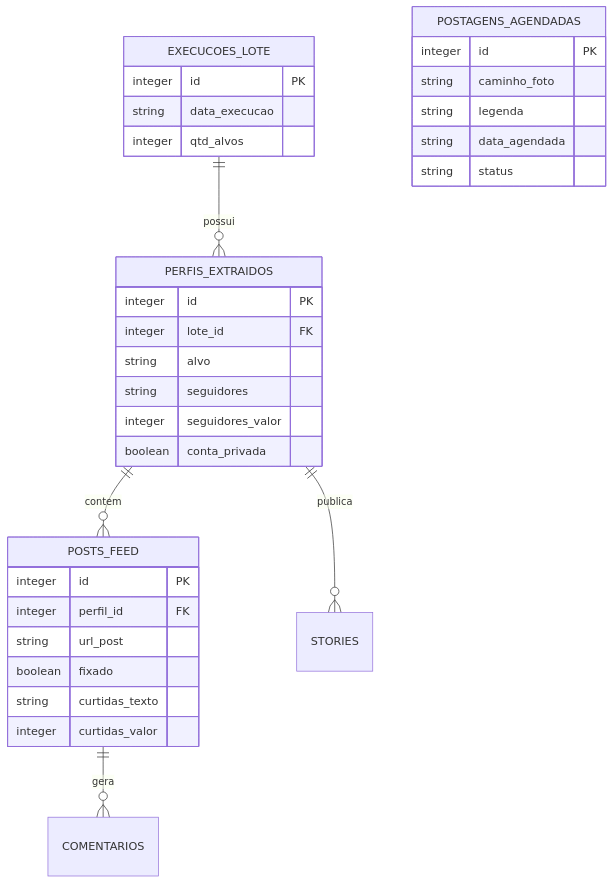
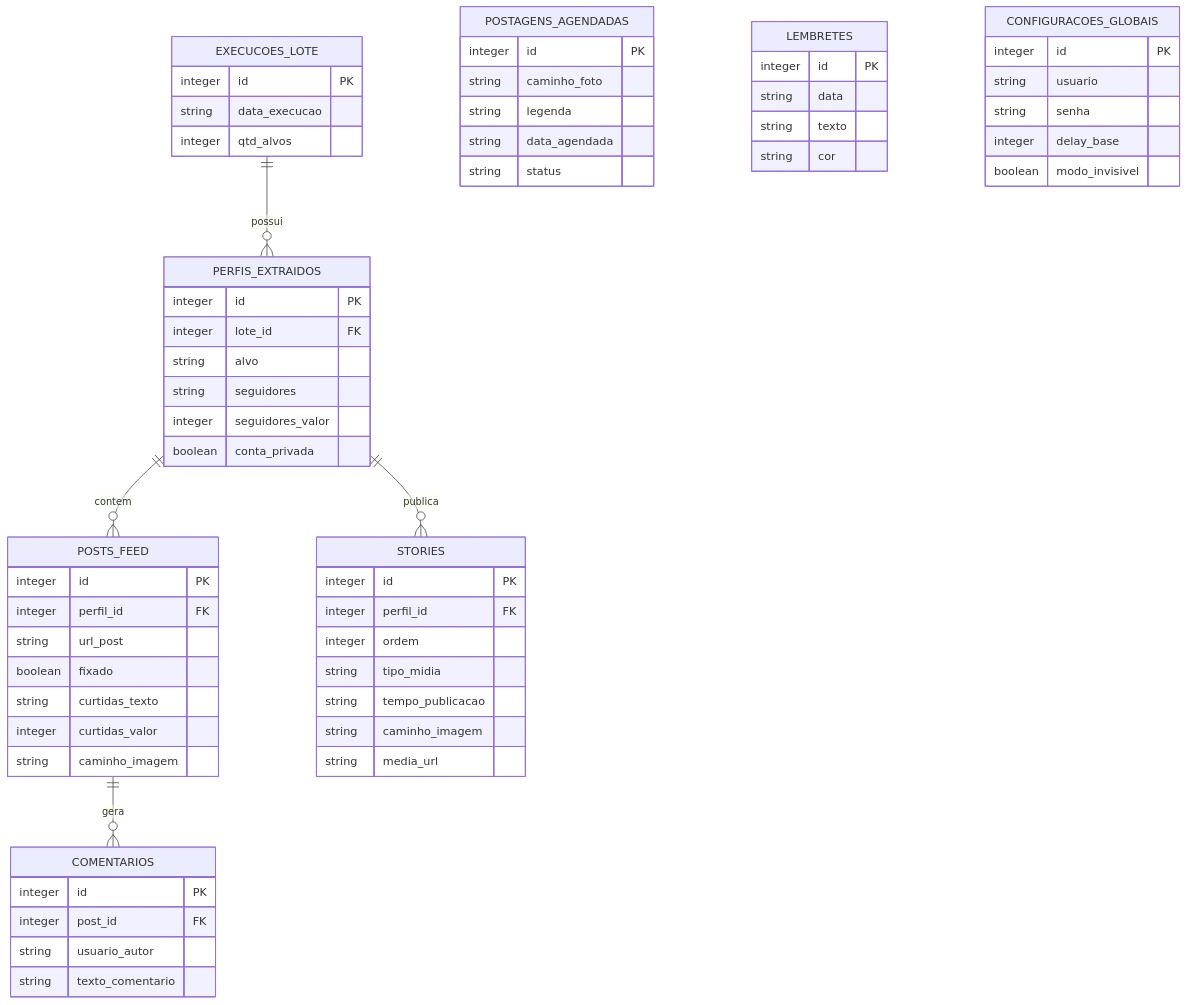
Before and after one commit to thiaarjo/AutInsta: the diagram in DOCUMENTATION.md, drawn with Mermaid. The commit also changed other lines of this file and 1 other file, not shown here.

````diff
--- a/DOCUMENTATION.md
+++ b/DOCUMENTATION.md
@@ -52,41 +81,76 @@
 ```mermaid
 erDiagram
     EXECUCOES_LOTE ||--o{ PERFIS_EXTRAIDOS : possui
     PERFIS_EXTRAIDOS ||--o{ POSTS_FEED : contem
     PERFIS_EXTRAIDOS ||--o{ STORIES : publica
     POSTS_FEED ||--o{ COMENTARIOS : gera
 
     POSTAGENS_AGENDADAS
+    LEMBRETES
+    CONFIGURACOES_GLOBAIS
 
     EXECUCOES_LOTE {
         integer id PK
         string data_execucao
         integer qtd_alvos
     }
 
     PERFIS_EXTRAIDOS {
         integer id PK
         integer lote_id FK
         string alvo
         string seguidores
         integer seguidores_valor
         boolean conta_privada
     }
 
     POSTS_FEED {
         integer id PK
         integer perfil_id FK
         string url_post
         boolean fixado
         string curtidas_texto
         integer curtidas_valor
+        string caminho_imagem
+    }
+
+    STORIES {
+        integer id PK
+        integer perfil_id FK
+        integer ordem
+        string tipo_midia
+        string tempo_publicacao
+        string caminho_imagem
+        string media_url
+    }
+
+    COMENTARIOS {
+        integer id PK
+        integer post_id FK
+        string usuario_autor
+        string texto_comentario
     }
 
     POSTAGENS_AGENDADAS {
         integer id PK
         string caminho_foto
         string legenda
         string data_agendada
         string status
     }
+
+    LEMBRETES {
+        integer id PK
+        string data
+        string texto
+        string cor
+    }
+
+    CONFIGURACOES_GLOBAIS {
+        integer id PK
+        string usuario
+        string senha
+        integer delay_base
+        boolean modo_invisivel
+    }
 ```
````
